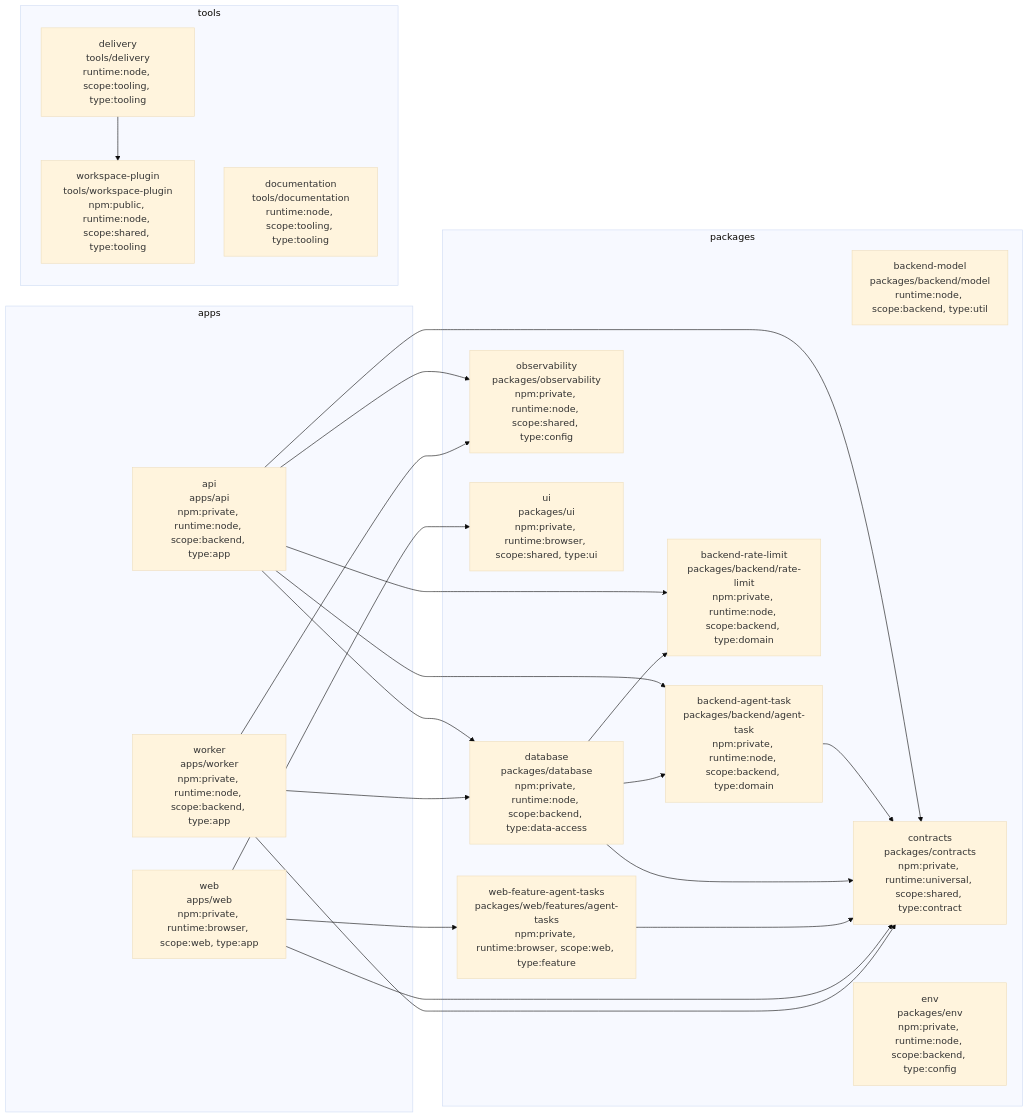
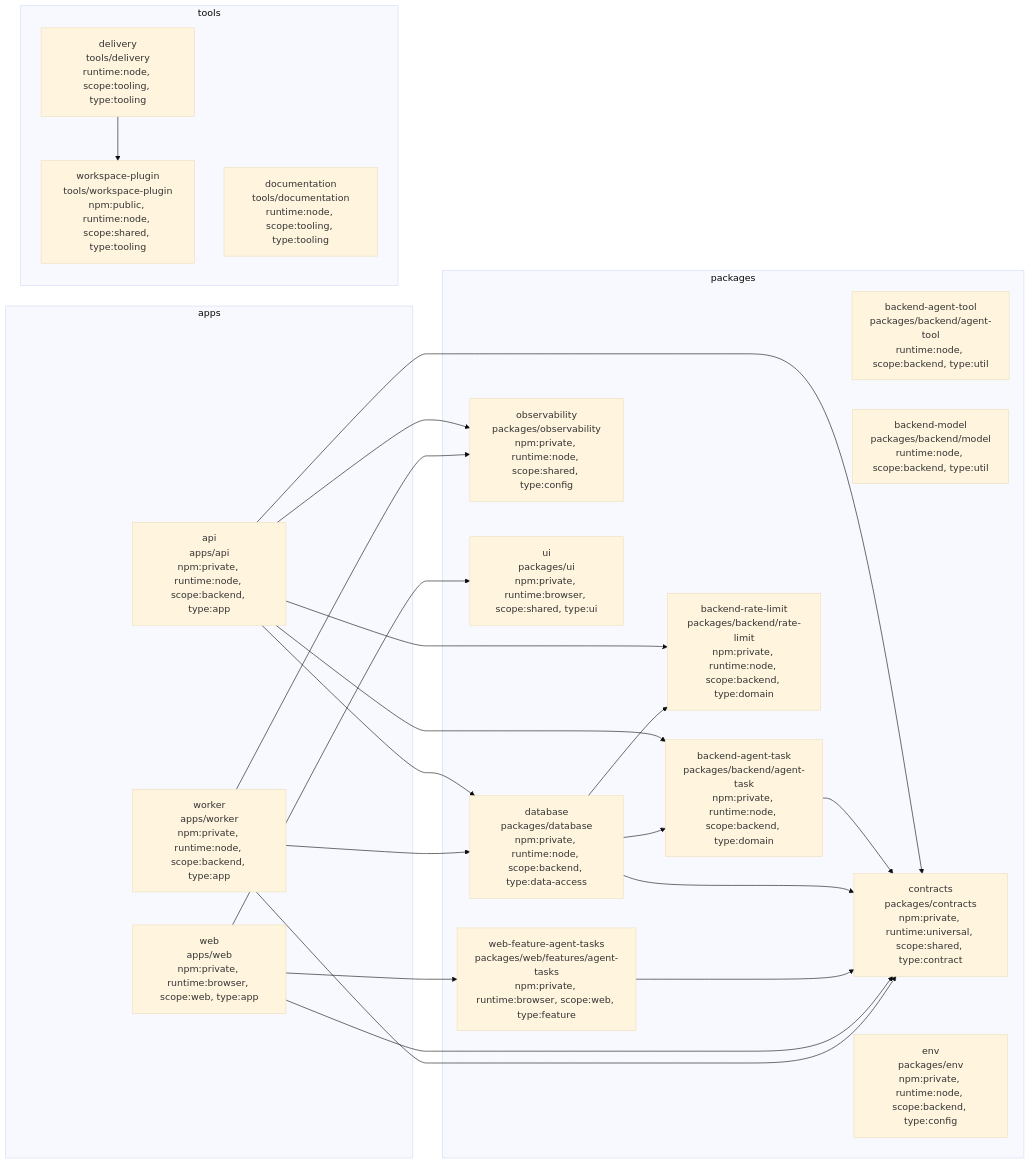
One commit to kaleigh-dem/cookiecutter-agentic-webapp changed the diagram in docs/architecture/project-graph.md. Above: the diagram before and after it, drawn with Mermaid (base theme). The commit also changed 21 other files, not shown here.

````diff
--- a/docs/architecture/project-graph.md
+++ b/docs/architecture/project-graph.md
@@ -7,41 +7,42 @@
 ```mermaid
 flowchart LR
   subgraph project_group_apps["apps"]
     project_api["api<br/>apps/api<br/>npm:private, runtime:node, scope:backend, type:app"]
     project_web["web<br/>apps/web<br/>npm:private, runtime:browser, scope:web, type:app"]
     project_worker["worker<br/>apps/worker<br/>npm:private, runtime:node, scope:backend, type:app"]
   end
   subgraph project_group_packages["packages"]
     project_backend_agent_task["backend-agent-task<br/>packages/backend/agent-task<br/>npm:private, runtime:node, scope:backend, type:domain"]
+    project_backend_agent_tool["backend-agent-tool<br/>packages/backend/agent-tool<br/>runtime:node, scope:backend, type:util"]
     project_backend_model["backend-model<br/>packages/backend/model<br/>runtime:node, scope:backend, type:util"]
     project_backend_rate_limit["backend-rate-limit<br/>packages/backend/rate-limit<br/>npm:private, runtime:node, scope:backend, type:domain"]
     project_contracts["contracts<br/>packages/contracts<br/>npm:private, runtime:universal, scope:shared, type:contract"]
     project_database["database<br/>packages/database<br/>npm:private, runtime:node, scope:backend, type:data-access"]
     project_env["env<br/>packages/env<br/>npm:private, runtime:node, scope:backend, type:config"]
     project_observability["observability<br/>packages/observability<br/>npm:private, runtime:node, scope:shared, type:config"]
     project_ui["ui<br/>packages/ui<br/>npm:private, runtime:browser, scope:shared, type:ui"]
     project_web_feature_agent_tasks["web-feature-agent-tasks<br/>packages/web/features/agent-tasks<br/>npm:private, runtime:browser, scope:web, type:feature"]
   end
   subgraph project_group_tools["tools"]
     project_delivery["delivery<br/>tools/delivery<br/>runtime:node, scope:tooling, type:tooling"]
     project_documentation["documentation<br/>tools/documentation<br/>runtime:node, scope:tooling, type:tooling"]
     project_workspace_plugin["workspace-plugin<br/>tools/workspace-plugin<br/>npm:public, runtime:node, scope:shared, type:tooling"]
   end
   project_api --> project_backend_agent_task
   project_api --> project_backend_rate_limit
   project_api --> project_contracts
   project_api --> project_database
   project_api --> project_observability
   project_backend_agent_task --> project_contracts
   project_database --> project_backend_agent_task
   project_database --> project_backend_rate_limit
   project_database --> project_contracts
   project_delivery --> project_workspace_plugin
   project_web_feature_agent_tasks --> project_contracts
   project_web --> project_contracts
   project_web --> project_ui
   project_web --> project_web_feature_agent_tasks
   project_worker --> project_contracts
   project_worker --> project_database
   project_worker --> project_observability
 ```
````
